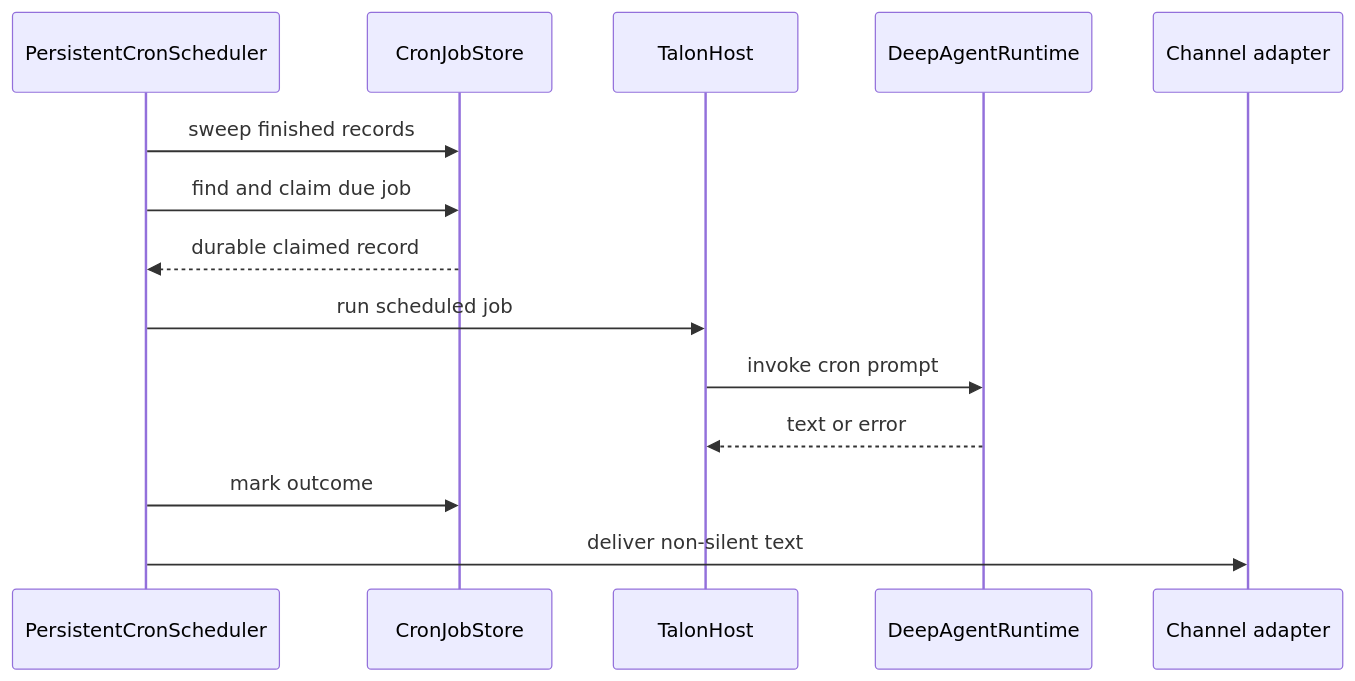
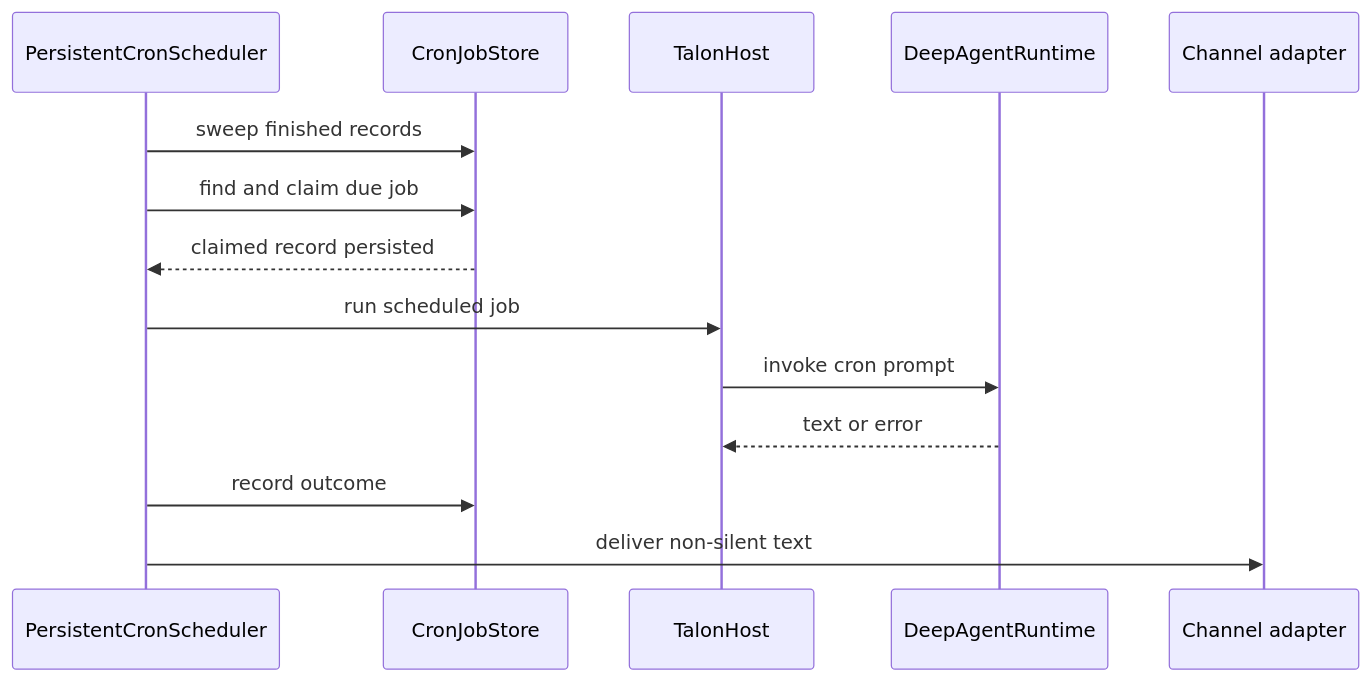
One commit to langchain-ai/deepagents changed the first of 2 diagrams in openwiki/concepts/talon-scheduling.md. Above: the diagram before and after it, drawn with Mermaid. The commit also changed other lines of this file and 69 other files, not shown here.

````diff
--- a/openwiki/concepts/talon-scheduling.md
+++ b/openwiki/concepts/talon-scheduling.md
@@ -37,16 +43,16 @@
 ```mermaid
 sequenceDiagram
     participant Scheduler as PersistentCronScheduler
     participant Store as CronJobStore
     participant Host as TalonHost
     participant Runtime as DeepAgentRuntime
     participant Channel as Channel adapter
     Scheduler->>Store: sweep finished records
     Scheduler->>Store: find and claim due job
-    Store-->>Scheduler: durable claimed record
+    Store-->>Scheduler: claimed record persisted
     Scheduler->>Host: run scheduled job
     Host->>Runtime: invoke cron prompt
     Runtime-->>Host: text or error
-    Scheduler->>Store: mark outcome
+    Scheduler->>Store: record outcome
     Scheduler->>Channel: deliver non-silent text
 ```
````
